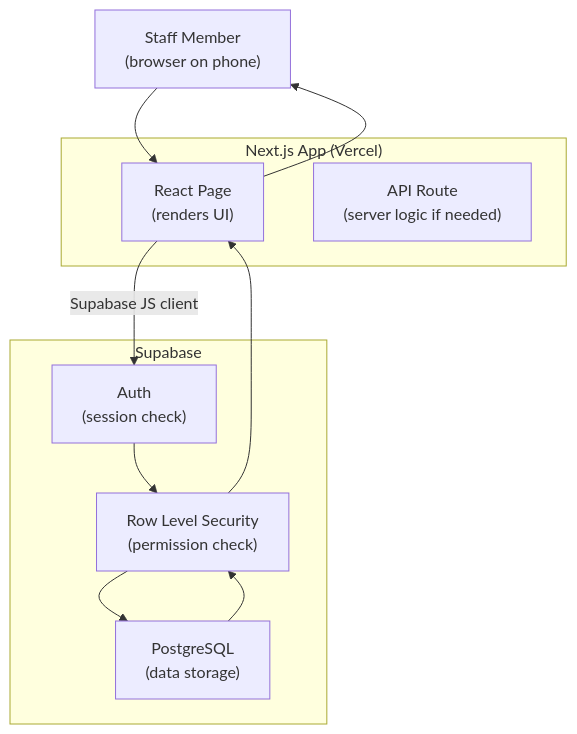
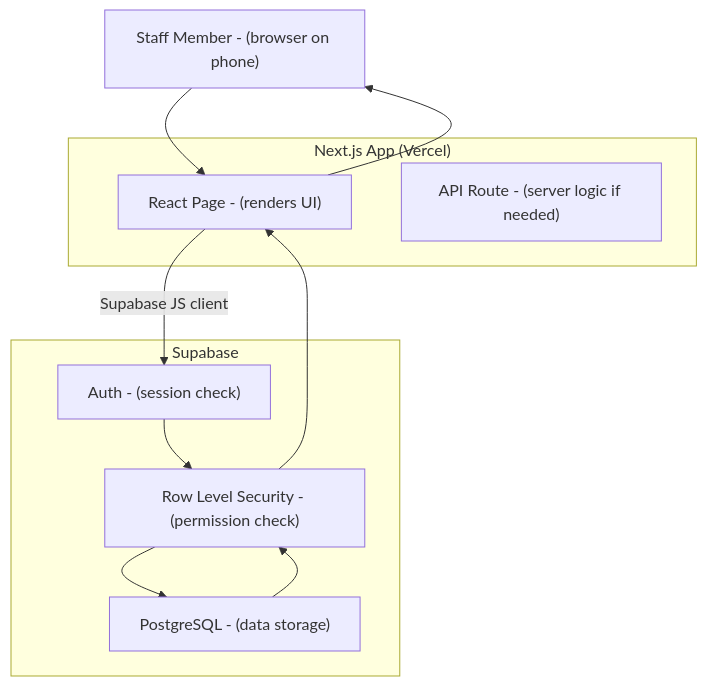
Before and after one commit to wongjinar-ai/expample: the eighth of 8 diagrams in learning/09-fullstack-best-practices.md, drawn with Mermaid. The commit also changed other lines of this file and 16 other files, not shown here.

````diff
--- a/learning/09-fullstack-best-practices.md
+++ b/learning/09-fullstack-best-practices.md
@@ -273,23 +273,23 @@
 ```mermaid
 flowchart TD
-    User["Staff Member\n(browser on phone)"]
+    User["Staff Member - (browser on phone)"]
 
     subgraph Next["Next.js App (Vercel)"]
-        Page["React Page\n(renders UI)"]
-        API["API Route\n(server logic if needed)"]
+        Page["React Page - (renders UI)"]
+        API["API Route - (server logic if needed)"]
     end
 
     subgraph Supa["Supabase"]
-        Auth["Auth\n(session check)"]
-        RLS["Row Level Security\n(permission check)"]
-        DB["PostgreSQL\n(data storage)"]
+        Auth["Auth - (session check)"]
+        RLS["Row Level Security - (permission check)"]
+        DB["PostgreSQL - (data storage)"]
     end
 
     User --> Page
     Page -->|"Supabase JS client"| Auth
     Auth --> RLS
     RLS --> DB
     DB --> RLS
     RLS --> Page
     Page --> User
 ```
````
